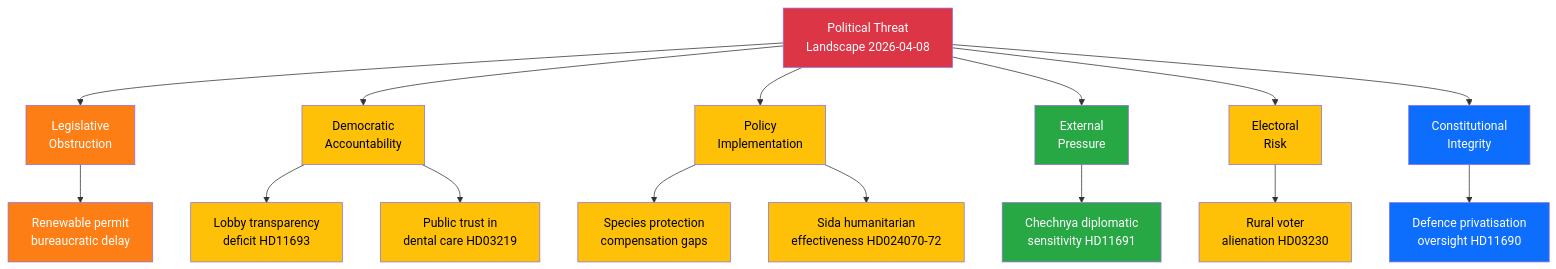
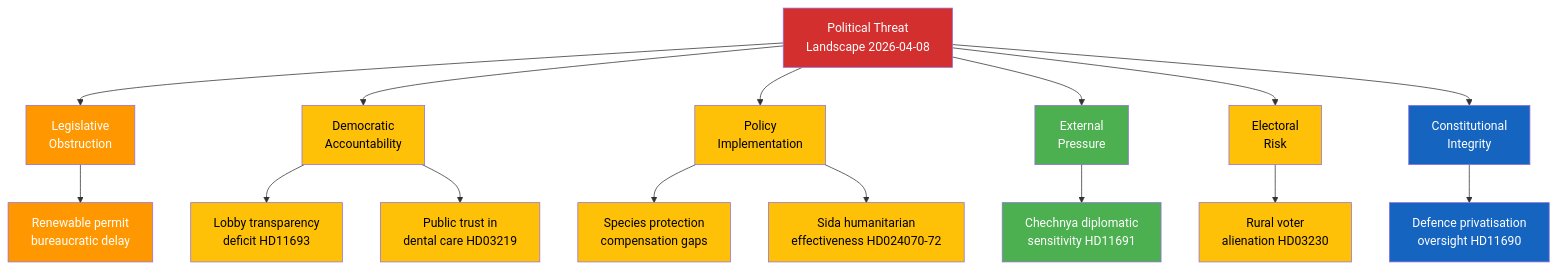
Before and after one commit to Hack23/riksdagsmonitor: the diagram in analysis/daily/2026-04-08/evening-analysis/threat-analysis.md, drawn with Mermaid. The commit also changed 785 other files, not shown here.

First line of the commit message:
Normalize mermaid colors across 786 analysis artifacts to ISMS Style Guide palette

````diff
--- a/analysis/daily/2026-04-08/evening-analysis/threat-analysis.md
+++ b/analysis/daily/2026-04-08/evening-analysis/threat-analysis.md
@@ -11,35 +11,35 @@
 ```mermaid
 graph TD
     ROOT["Political Threat<br/>Landscape 2026-04-08"]
     ROOT --> T1["Legislative<br/>Obstruction"]
     ROOT --> T2["Democratic<br/>Accountability"]
     ROOT --> T3["Policy<br/>Implementation"]
     ROOT --> T4["External<br/>Pressure"]
     ROOT --> T5["Electoral<br/>Risk"]
     ROOT --> T6["Constitutional<br/>Integrity"]
 
     T1 --> T1a["Renewable permit<br/>bureaucratic delay"]
     T2 --> T2a["Lobby transparency<br/>deficit HD11693"]
     T2 --> T2b["Public trust in<br/>dental care HD03219"]
     T3 --> T3a["Species protection<br/>compensation gaps"]
     T3 --> T3b["Sida humanitarian<br/>effectiveness HD024070-72"]
     T4 --> T4a["Chechnya diplomatic<br/>sensitivity HD11691"]
     T5 --> T5a["Rural voter<br/>alienation HD03230"]
     T6 --> T6a["Defence privatisation<br/>oversight HD11690"]
 
-    style ROOT fill:#dc3545,color:#fff
-    style T1 fill:#fd7e14,color:#fff
-    style T2 fill:#ffc107,color:#000
-    style T3 fill:#ffc107,color:#000
-    style T4 fill:#28a745,color:#fff
-    style T5 fill:#ffc107,color:#000
-    style T6 fill:#0d6efd,color:#fff
-    style T1a fill:#fd7e14,color:#fff
-    style T2a fill:#ffc107,color:#000
-    style T2b fill:#ffc107,color:#000
-    style T3a fill:#ffc107,color:#000
-    style T3b fill:#ffc107,color:#000
-    style T4a fill:#28a745,color:#fff
-    style T5a fill:#ffc107,color:#000
-    style T6a fill:#0d6efd,color:#fff
+    style ROOT fill:#D32F2F,color:#FFFFFF
+    style T1 fill:#FF9800,color:#FFFFFF
+    style T2 fill:#FFC107,color:#000000
+    style T3 fill:#FFC107,color:#000000
+    style T4 fill:#4CAF50,color:#FFFFFF
+    style T5 fill:#FFC107,color:#000000
+    style T6 fill:#1565C0,color:#FFFFFF
+    style T1a fill:#FF9800,color:#FFFFFF
+    style T2a fill:#FFC107,color:#000000
+    style T2b fill:#FFC107,color:#000000
+    style T3a fill:#FFC107,color:#000000
+    style T3b fill:#FFC107,color:#000000
+    style T4a fill:#4CAF50,color:#FFFFFF
+    style T5a fill:#FFC107,color:#000000
+    style T6a fill:#1565C0,color:#FFFFFF
 ```
````
